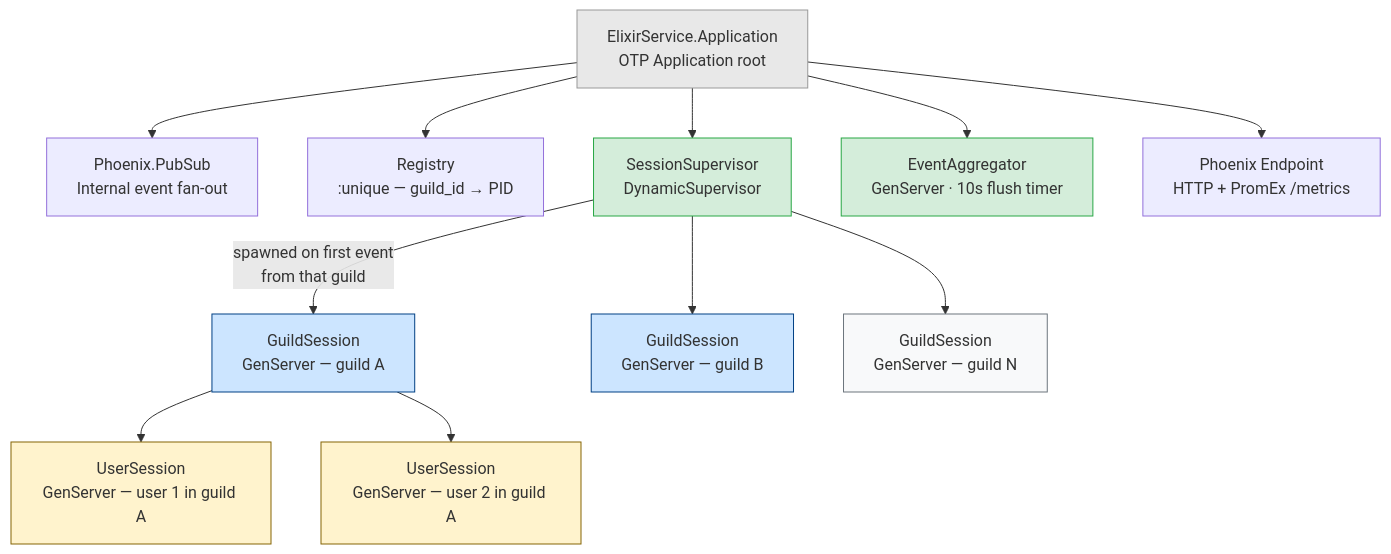
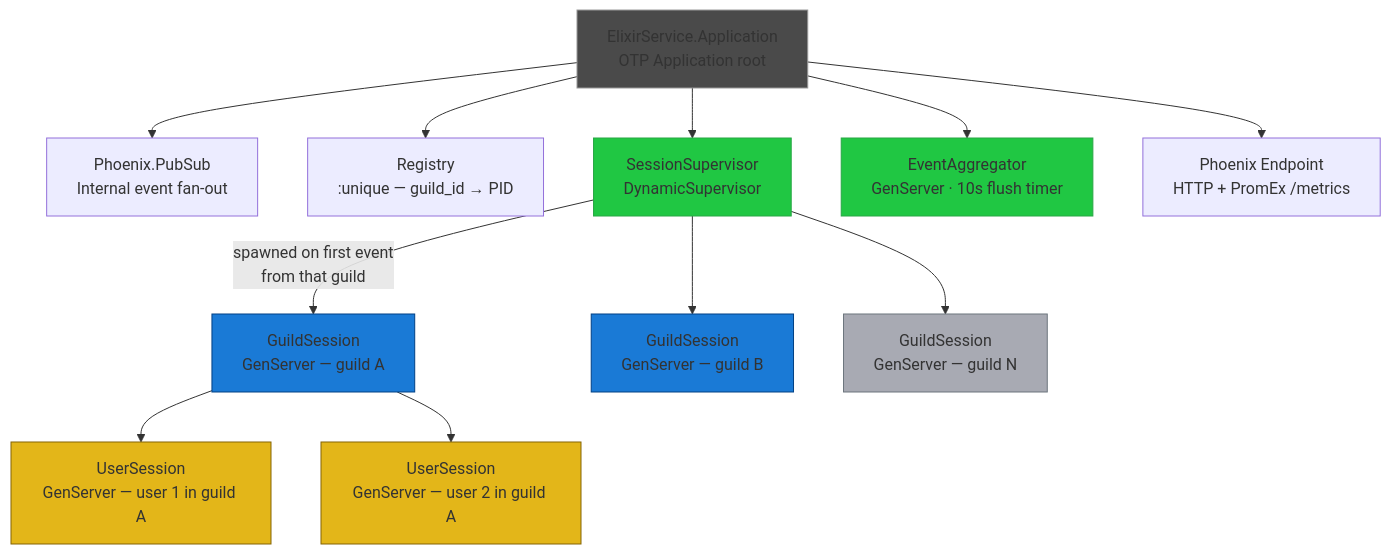
The third of 10 diagrams in docs/system-architecture.md (willh-simpson/discord-music-bot), drawn with Mermaid before and after one commit. The commit also changed other lines of this file, not shown here.

Commit message:
More text-friendly colors for colored blocks in system-architecture.md

````diff
--- a/docs/system-architecture.md
+++ b/docs/system-architecture.md
@@ -106,26 +106,26 @@
 ```mermaid
 graph TD
     App["ElixirService.Application\nOTP Application root"]
 
     App --> PubSub["Phoenix.PubSub\nInternal event fan-out"]
     App --> Registry["Registry\n:unique — guild_id → PID"]
     App --> SessionSup["SessionSupervisor\nDynamicSupervisor"]
     App --> Aggregator["EventAggregator\nGenServer · 10s flush timer"]
     App --> Endpoint["Phoenix Endpoint\nHTTP + PromEx /metrics"]
 
     SessionSup -->|"spawned on first event\nfrom that guild"| GuildA["GuildSession\nGenServer — guild A"]
     SessionSup --> GuildB["GuildSession\nGenServer — guild B"]
     SessionSup --> GuildN["GuildSession\nGenServer — guild N"]
 
     GuildA --> UserA1["UserSession\nGenServer — user 1 in guild A"]
     GuildA --> UserA2["UserSession\nGenServer — user 2 in guild A"]
 
-    style App fill:#e8e8e8,stroke:#999
-    style SessionSup fill:#d4edda,stroke:#28a745
-    style Aggregator fill:#d4edda,stroke:#28a745
-    style GuildA fill:#cce5ff,stroke:#004085
-    style GuildB fill:#cce5ff,stroke:#004085
-    style GuildN fill:#f8f9fa,stroke:#6c757d
-    style UserA1 fill:#fff3cd,stroke:#856404
-    style UserA2 fill:#fff3cd,stroke:#856404
+    style App fill:#4A4A4A,stroke:#999
+    style SessionSup fill:#20C743,stroke:#28a745
+    style Aggregator fill:#20C743,stroke:#28a745
+    style GuildA fill:#1A7AD6,stroke:#004085
+    style GuildB fill:#1A7AD6,stroke:#004085
+    style GuildN fill:#A8AAB3,stroke:#6c757d
+    style UserA1 fill:#E3B619,stroke:#856404
+    style UserA2 fill:#E3B619,stroke:#856404
 ```
````
